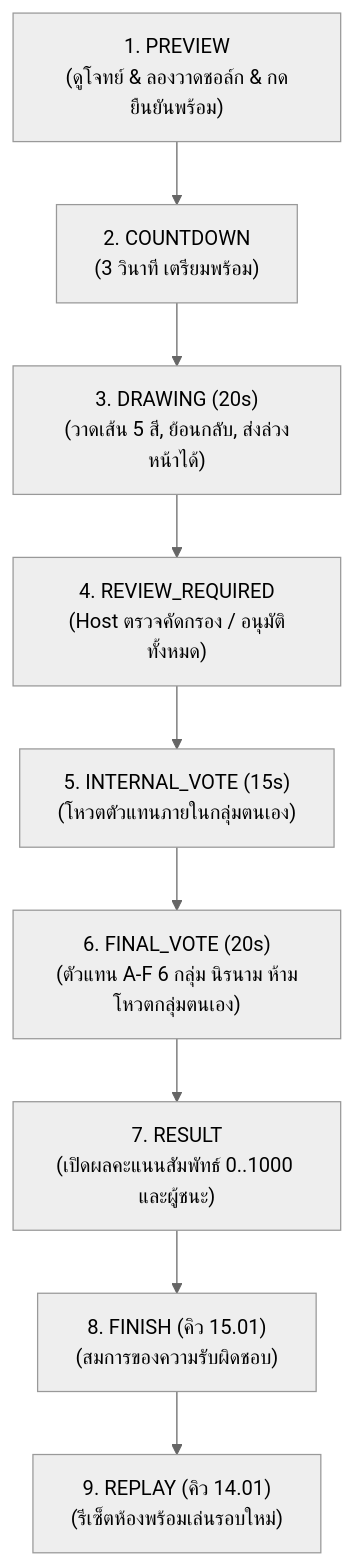
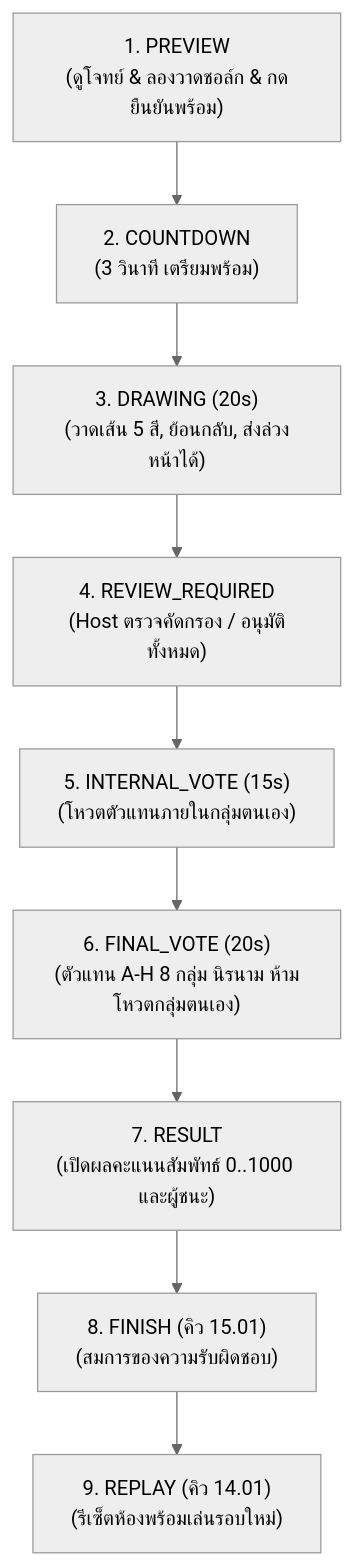
One commit to BKungBK/AI_VS_HUMAN changed the diagram in docs/ui_Missing_Piece.md. Above: the diagram before and after it, drawn with Mermaid (neutral theme). The commit also changed other lines of this file and 45 other files, not shown here.

````diff
--- a/docs/ui_Missing_Piece.md
+++ b/docs/ui_Missing_Piece.md
@@ -91,11 +91,11 @@
 ```mermaid
 flowchart TD
     PREVIEW["1. PREVIEW\n(ดูโจทย์ & ลองวาดชอล์ก & กดยืนยันพร้อม)"] --> COUNTDOWN["2. COUNTDOWN\n(3 วินาที เตรียมพร้อม)"]
     COUNTDOWN --> DRAWING["3. DRAWING (20s)\n(วาดเส้น 5 สี, ย้อนกลับ, ส่งล่วงหน้าได้)"]
     DRAWING --> REVIEW["4. REVIEW_REQUIRED\n(Host ตรวจคัดกรอง / อนุมัติทั้งหมด)"]
     REVIEW --> INTERNAL_VOTE["5. INTERNAL_VOTE (15s)\n(โหวตตัวแทนภายในกลุ่มตนเอง)"]
-    INTERNAL_VOTE --> FINAL_VOTE["6. FINAL_VOTE (20s)\n(ตัวแทน A-F 6 กลุ่ม นิรนาม ห้ามโหวตกลุ่มตนเอง)"]
+    INTERNAL_VOTE --> FINAL_VOTE["6. FINAL_VOTE (20s)\n(ตัวแทน A-H 8 กลุ่ม นิรนาม ห้ามโหวตกลุ่มตนเอง)"]
     FINAL_VOTE --> RESULT["7. RESULT\n(เปิดผลคะแนนสัมพัทธ์ 0..1000 และผู้ชนะ)"]
     RESULT --> FINISH["8. FINISH (คิว 15.01)\n(สมการของความรับผิดชอบ)"]
     FINISH --> REPLAY["9. REPLAY (คิว 14.01)\n(รีเซ็ตห้องพร้อมเล่นรอบใหม่)"]
 ```
````
